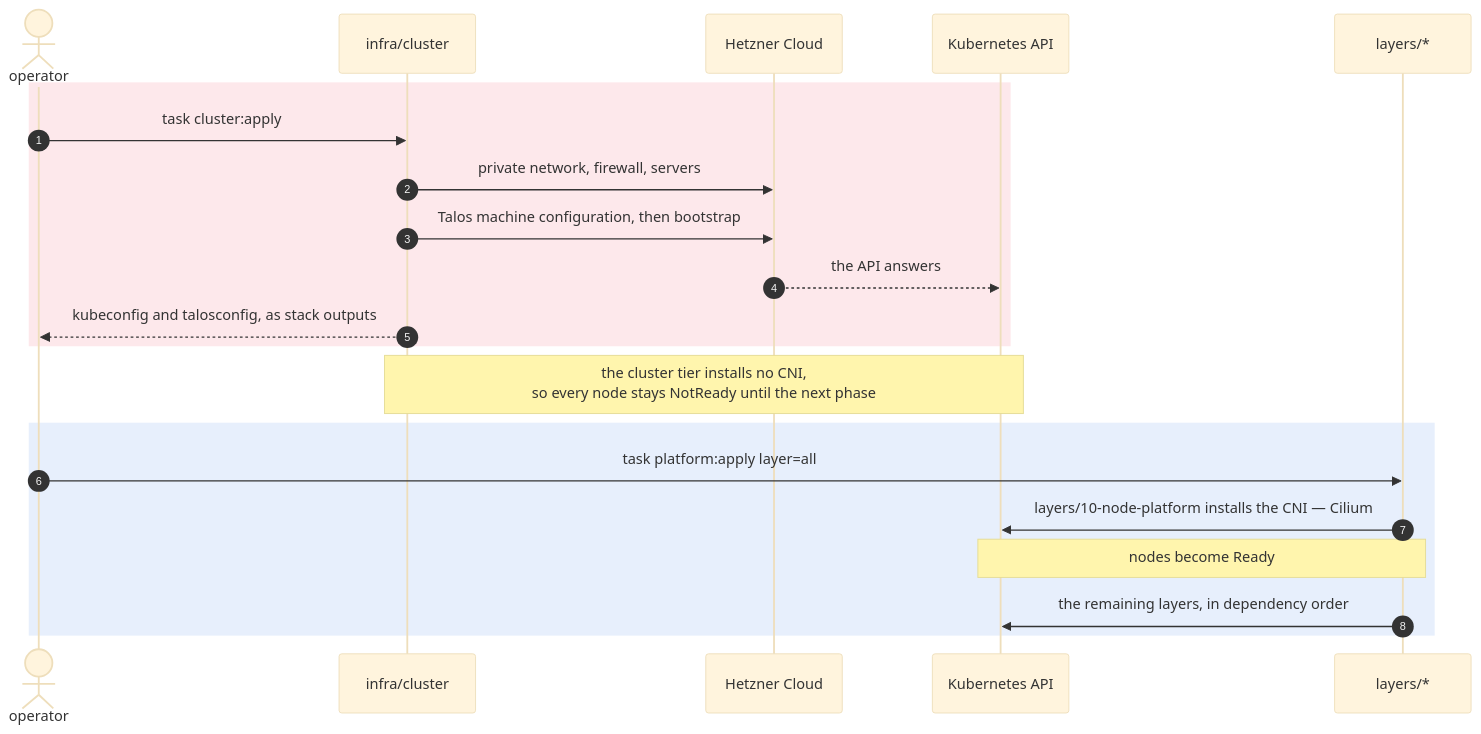
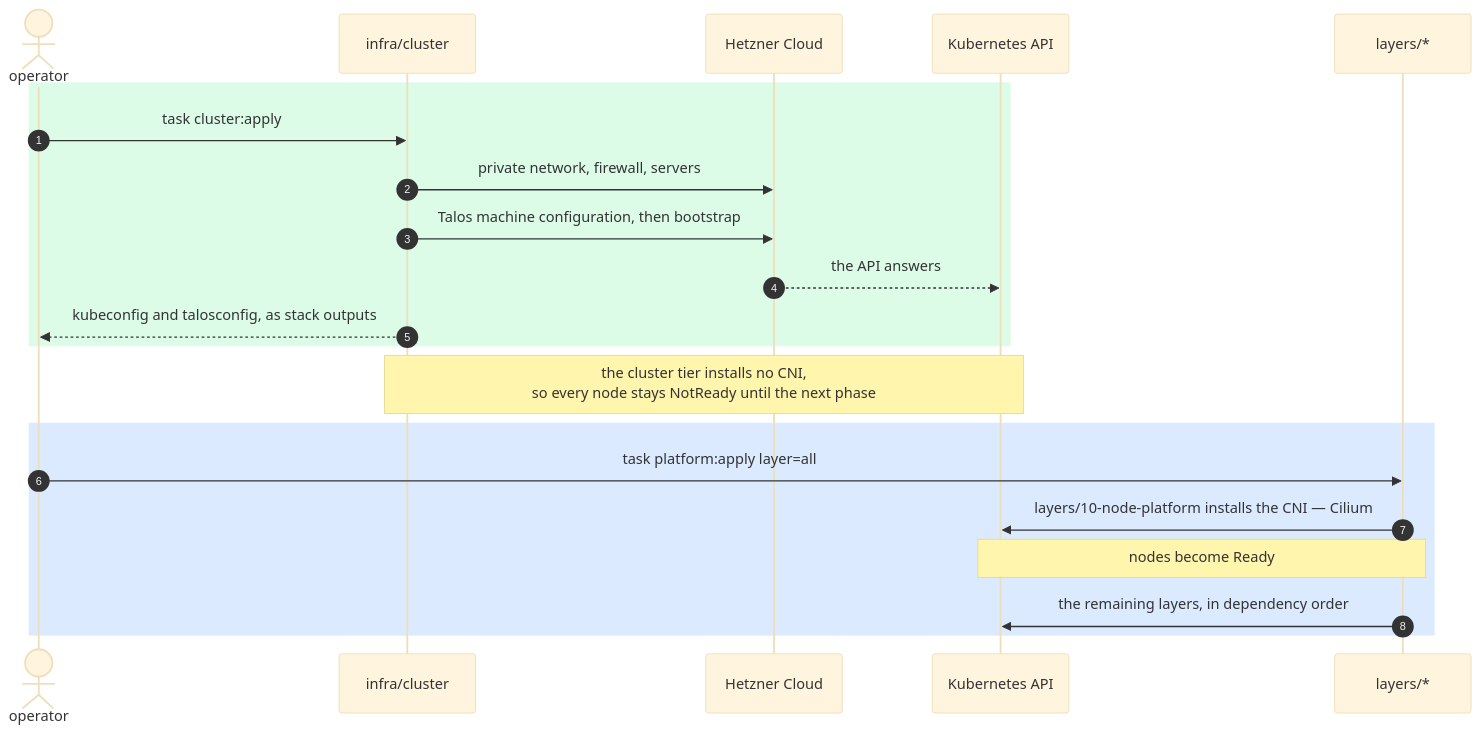
Before and after one commit to oleg-tkachuk/hetzner-iac: the second of 2 diagrams in docs/design.md, drawn with Mermaid (base theme). The commit also changed other lines of this file and 3 other files, not shown here.

First line of the commit message:
docs(diagrams): share one palette and shape grammar across diagrams

````diff
--- a/docs/design.md
+++ b/docs/design.md
@@ -357,26 +353,26 @@
 ```mermaid
 sequenceDiagram
     autonumber
     actor operator
     participant tier as infra/cluster
     participant hcloud as Hetzner Cloud
     participant k8s as Kubernetes API
     participant layers as layers/*
 
-    rect rgb(253, 232, 235)
+    rect rgb(220, 252, 231)
         operator->>tier: task cluster:apply
         tier->>hcloud: private network, firewall, servers
         tier->>hcloud: Talos machine configuration, then bootstrap
         hcloud-->>k8s: the API answers
         tier-->>operator: kubeconfig and talosconfig, as stack outputs
     end
 
     Note over tier,k8s: the cluster tier installs no CNI,<br/>so every node stays NotReady until the next phase
 
-    rect rgb(231, 239, 252)
+    rect rgb(219, 234, 254)
         operator->>layers: task platform:apply layer=all
         layers->>k8s: layers/10-node-platform installs the CNI — Cilium
         Note over layers,k8s: nodes become Ready
         layers->>k8s: the remaining layers, in dependency order
     end
 ```
````
